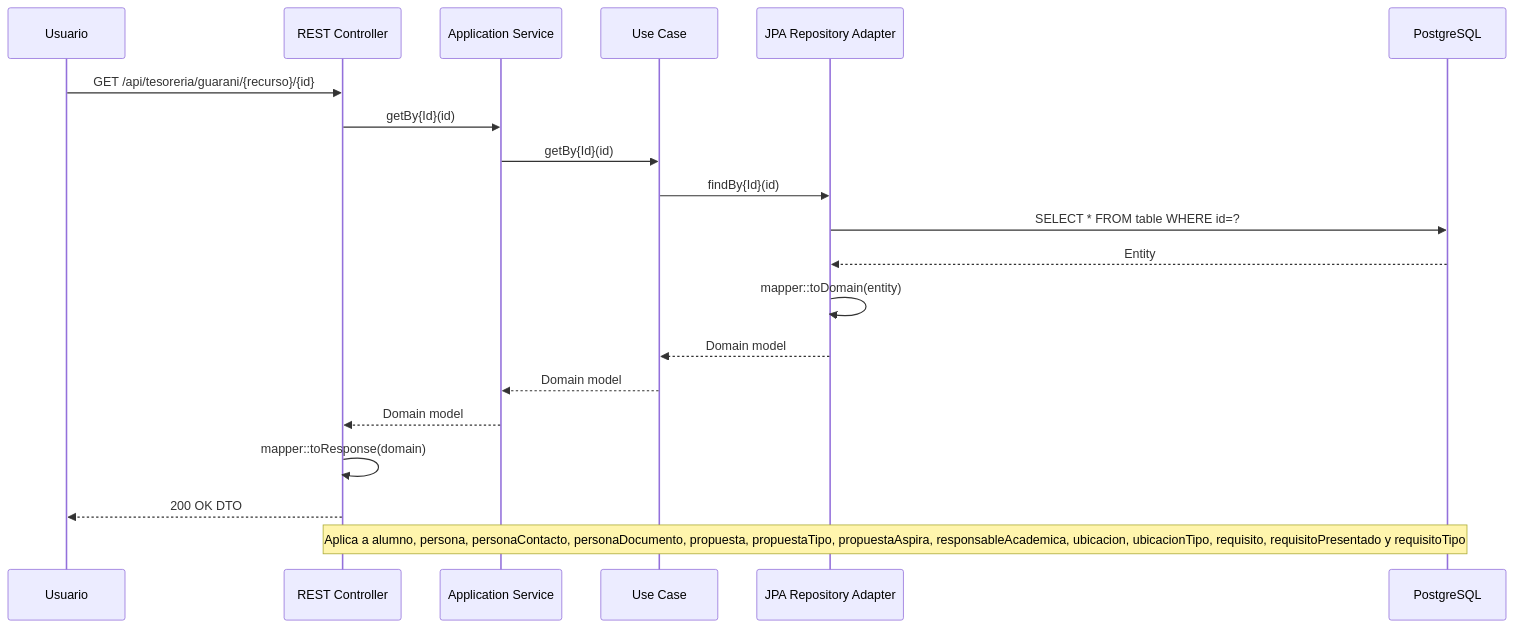
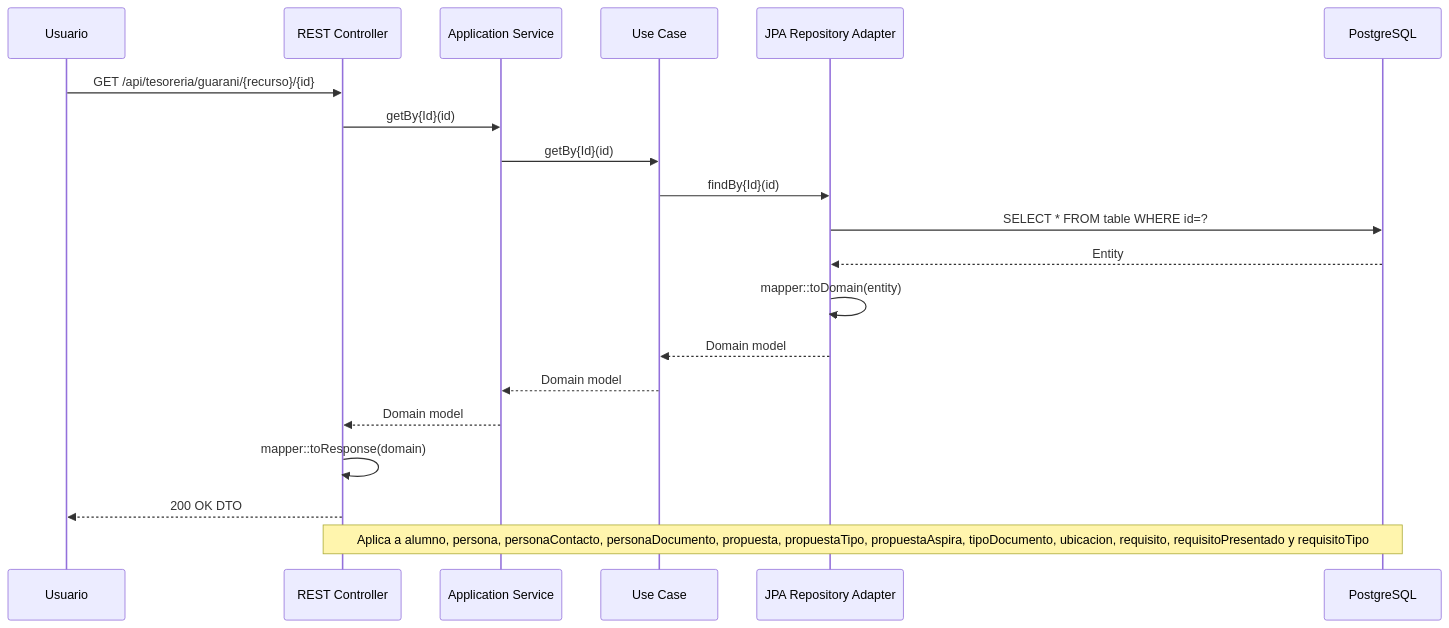
The fourth of 9 diagrams in README.md (UM-services/UM.tesoreria.guarani-service), drawn with Mermaid before and after one commit. The commit also changed other lines of this file and 5 other files, not shown here.

````diff
--- a/README.md
+++ b/README.md
@@ -84,23 +84,23 @@
 ```mermaid
 sequenceDiagram
     participant User as Usuario
     participant REST as REST Controller
     participant Service as Application Service
     participant UseCase as Use Case
     participant JPA as JPA Repository Adapter
     participant DB as PostgreSQL
 
     User->>REST: GET /api/tesoreria/guarani/{recurso}/{id}
     REST->>Service: getBy{Id}(id)
     Service->>UseCase: getBy{Id}(id)
     UseCase->>JPA: findBy{Id}(id)
     JPA->>DB: SELECT * FROM table WHERE id=?
     DB-->>JPA: Entity
     JPA->>JPA: mapper::toDomain(entity)
     JPA-->>UseCase: Domain model
     UseCase-->>Service: Domain model
     Service-->>REST: Domain model
     REST->>REST: mapper::toResponse(domain)
     REST-->>User: 200 OK DTO
-    Note over REST,DB: Aplica a alumno, persona, personaContacto, personaDocumento, propuesta, propuestaTipo, propuestaAspira, responsableAcademica, ubicacion, ubicacionTipo, requisito, requisitoPresentado y requisitoTipo
+    Note over REST,DB: Aplica a alumno, persona, personaContacto, personaDocumento, propuesta, propuestaTipo, propuestaAspira, tipoDocumento, ubicacion, requisito, requisitoPresentado y requisitoTipo
 ```
````
